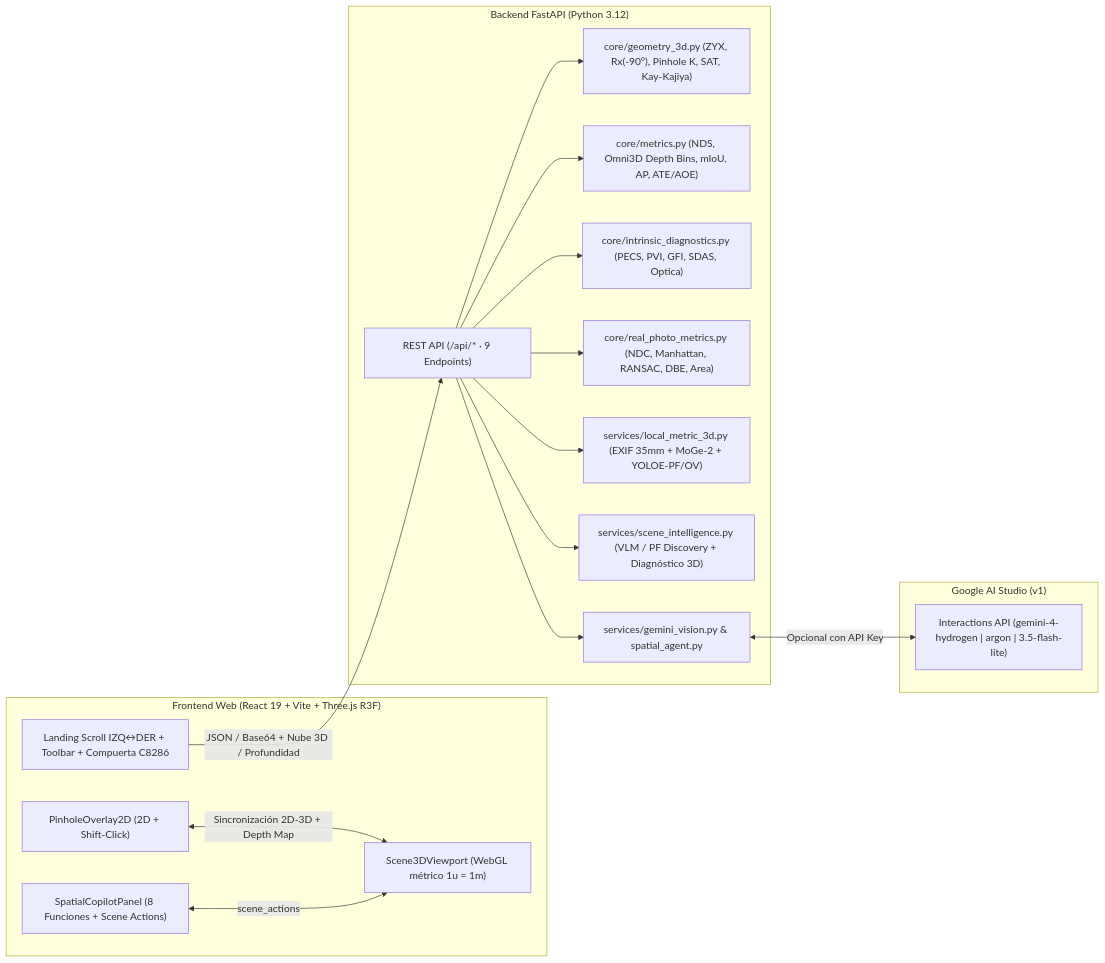
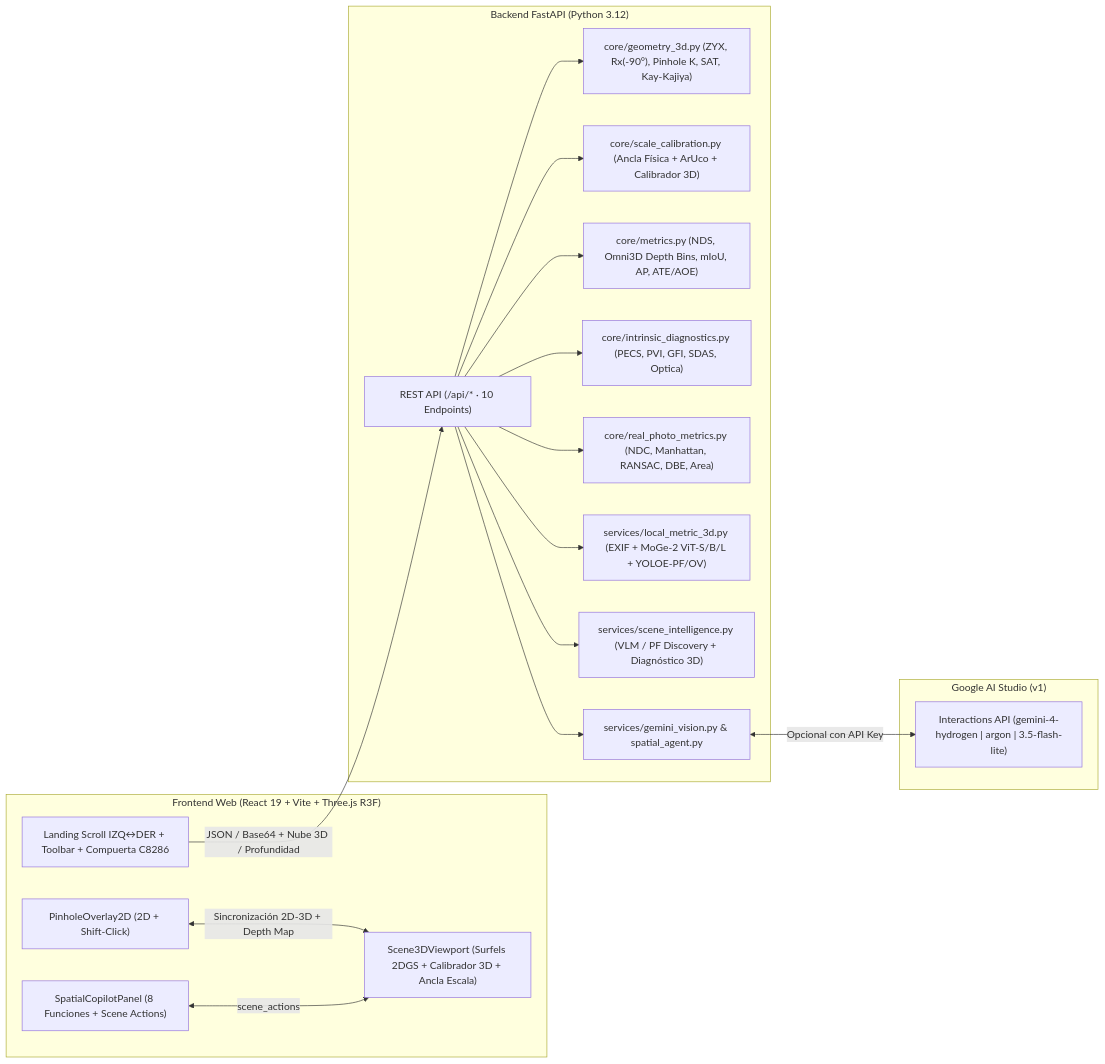
The diagram in README.md (dariohuerta84/MyLeenTo3), drawn with Mermaid before and after one commit. The commit also changed other lines of this file and 12 other files, not shown here.

Commit message:
feat: Phase 2 exact metrology (3D surface caliper, reference/ArUco scale calibration, MoGe-2 ViT-S/B/L selector)

````diff
--- a/README.md
+++ b/README.md
@@ -111,36 +111,38 @@
 ```mermaid
 flowchart LR
     subgraph Client["Frontend Web (React 19 + Vite + Three.js R3F)"]
         UI["Landing Scroll IZQ↔DER + Toolbar + Compuerta C8286"]
         V2D["PinholeOverlay2D (2D + Shift-Click)"]
-        V3D["Scene3DViewport (WebGL métrico 1u = 1m)"]
+        V3D["Scene3DViewport (Surfels 2DGS + Calibrador 3D + Ancla Escala)"]
         COP["SpatialCopilotPanel (8 Funciones + Scene Actions)"]
     end
 
     subgraph Backend["Backend FastAPI (Python 3.12)"]
-        API["REST API (/api/* · 9 Endpoints)"]
+        API["REST API (/api/* · 10 Endpoints)"]
         GEO["core/geometry_3d.py (ZYX, Rx(-90°), Pinhole K, SAT, Kay-Kajiya)"]
+        CAL["core/scale_calibration.py (Ancla Física + ArUco + Calibrador 3D)"]
         MTR["core/metrics.py (NDS, Omni3D Depth Bins, mIoU, AP, ATE/AOE)"]
         DIA["core/intrinsic_diagnostics.py (PECS, PVI, GFI, SDAS, Optica)"]
         RPM["core/real_photo_metrics.py (NDC, Manhattan, RANSAC, DBE, Area)"]
-        L3D["services/local_metric_3d.py (EXIF 35mm + MoGe-2 + YOLOE-PF/OV)"]
+        L3D["services/local_metric_3d.py (EXIF + MoGe-2 ViT-S/B/L + YOLOE-PF/OV)"]
         SINT["services/scene_intelligence.py (VLM / PF Discovery + Diagnóstico 3D)"]
         SVC["services/gemini_vision.py & spatial_agent.py"]
     end
 
     subgraph Cloud["Google AI Studio (v1)"]
         INT["Interactions API (gemini-4-hydrogen | argon | 3.5-flash-lite)"]
     end
 
     UI -->|JSON / Base64 + Nube 3D / Profundidad| API
     V2D <-->|Sincronización 2D-3D + Depth Map| V3D
     COP <-->|scene_actions| V3D
     API --> GEO
+    API --> CAL
     API --> MTR
     API --> DIA
     API --> RPM
     API --> L3D
     API --> SINT
     API --> SVC
     SVC <-->|Opcional con API Key| INT
 ```
````
